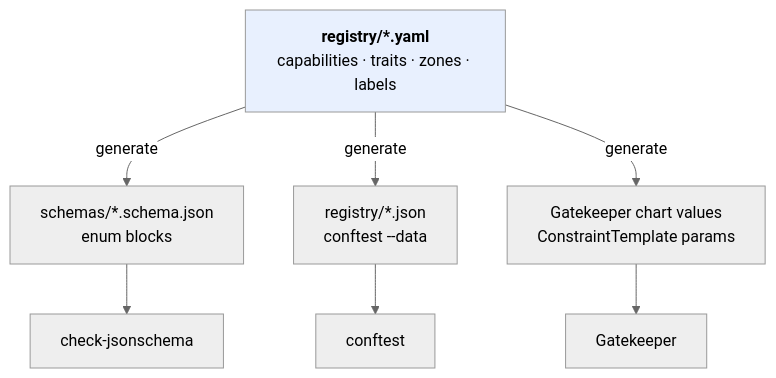
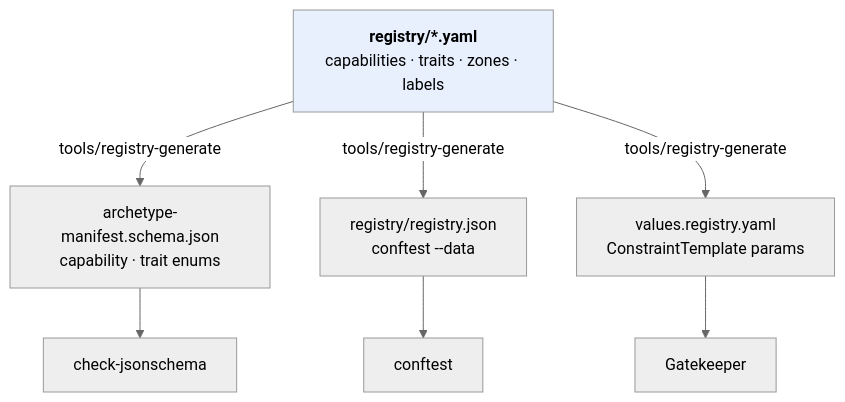
Before and after one commit to aescanero/proposal_documents: diagram 15 of 19 in docs/platform-overview.md, drawn with Mermaid (neutral theme). The commit also changed 10 other files, not shown here.

````diff
--- a/docs/platform-overview.md
+++ b/docs/platform-overview.md
@@ -406,11 +406,11 @@
 ```mermaid
 flowchart TD
     REG["<b>registry/*.yaml</b><br/>capabilities · traits · zones · labels"]
-    REG -->|generate| S["schemas/*.schema.json<br/>enum blocks"]
-    REG -->|generate| D["registry/*.json<br/>conftest --data"]
-    REG -->|generate| V["Gatekeeper chart values<br/>ConstraintTemplate params"]
+    REG -->|tools/registry-generate| S["archetype-manifest.schema.json<br/>capability · trait enums"]
+    REG -->|tools/registry-generate| D["registry/registry.json<br/>conftest --data"]
+    REG -->|tools/registry-generate| V["values.registry.yaml<br/>ConstraintTemplate params"]
     S --> CK["check-jsonschema"]
     D --> CF["conftest"]
     V --> GK["Gatekeeper"]
     style REG fill:#e8f0fe
 ```
````
